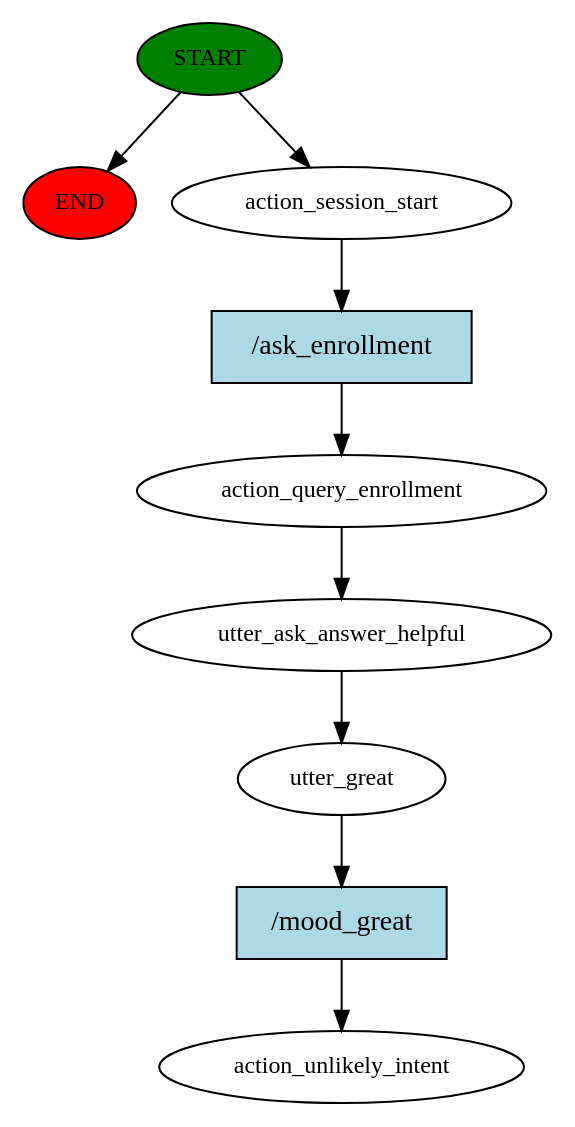
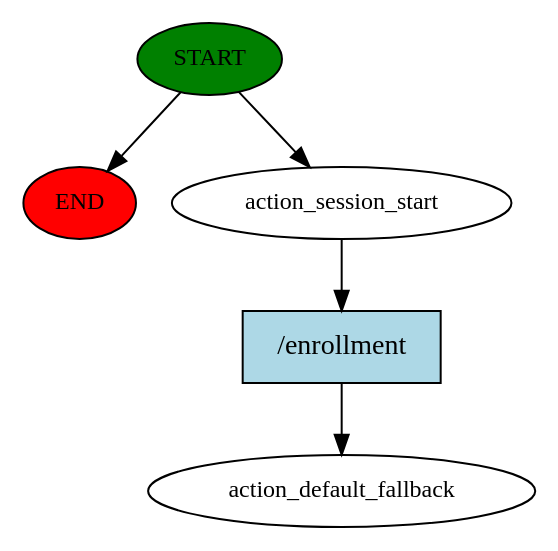
One commit to rhit-dingb/rhit_IRPA_2023 changed the diagram in story_graph.dot. Above: the diagram before and after it, drawn with Graphviz. The commit also changed 28 other files, not shown here.

```diff
--- a/story_graph.dot
+++ b/story_graph.dot
@@ -1,19 +1,11 @@
 digraph  {
 0 [class="start active", fillcolor=green, fontsize=12, label=START, style=filled];
 "-1" [class=end, fillcolor=red, fontsize=12, label=END, style=filled];
 1 [class=active, fontsize=12, label=action_session_start];
-2 [class=active, fontsize=12, label=action_query_enrollment];
-3 [class=active, fontsize=12, label=utter_ask_answer_helpful];
-4 [class=active, fontsize=12, label=utter_great];
-5 [class="dashed active", fontsize=12, label=action_unlikely_intent];
-6 [class="intent active", fillcolor=lightblue, label="/ask_enrollment", shape=rect, style=filled];
-7 [class="intent active", fillcolor=lightblue, label="/mood_great", shape=rect, style=filled];
+2 [class="dashed active", fontsize=12, label=action_default_fallback];
+3 [class="intent active", fillcolor=lightblue, label="/enrollment", shape=rect, style=filled];
 0 -> "-1"  [class="", key=NONE, label=""];
 0 -> 1  [class=active, key=NONE, label=""];
-1 -> 6  [class=active, key=0];
-2 -> 3  [class=active, key=NONE, label=""];
-3 -> 4  [class=active, key=NONE, label=""];
-4 -> 7  [class=active, key=0];
-6 -> 2  [class=active, key=0];
-7 -> 5  [class=active, key=0];
+1 -> 3  [class=active, key=0];
+3 -> 2  [class=active, key=0];
 }
```
